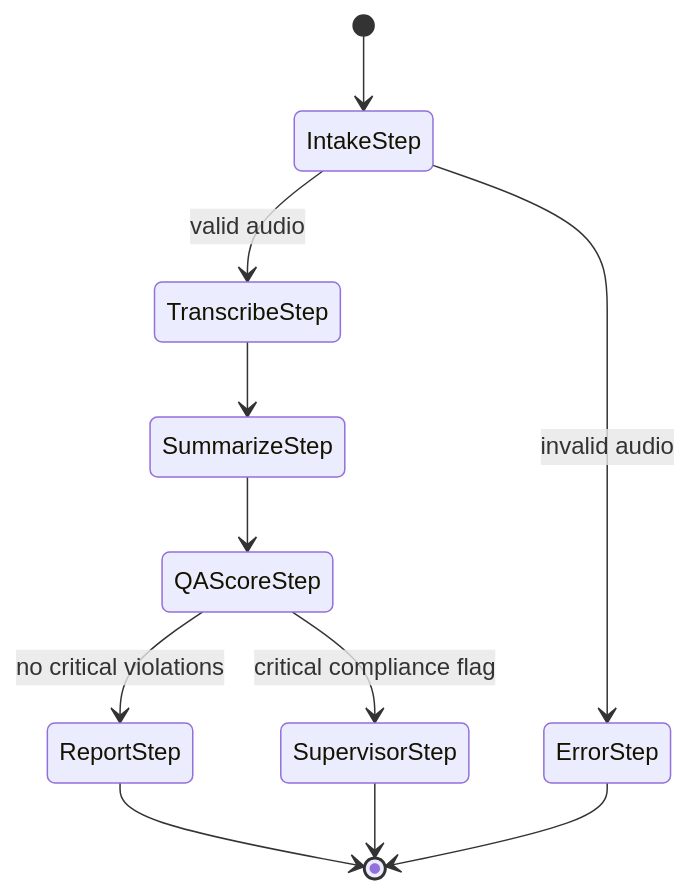
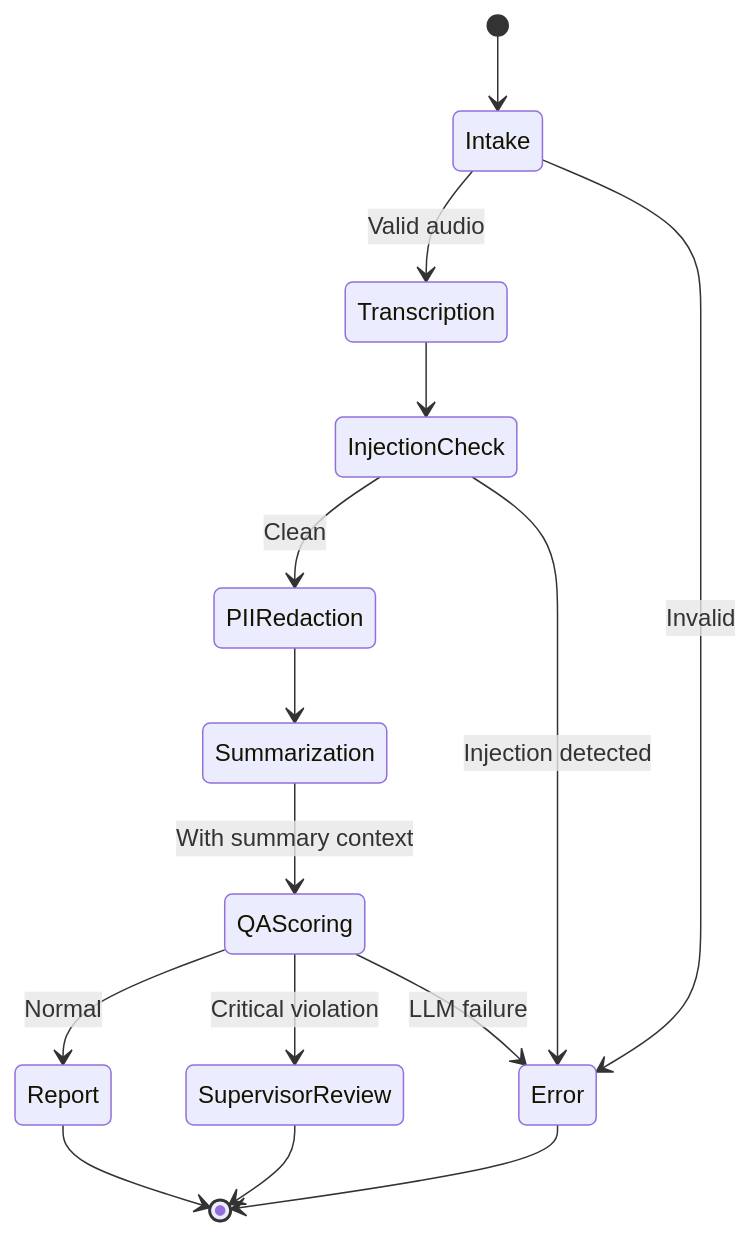
One commit to ANI-IN/Call-Center-Intelligence-System changed the second of 5 diagrams in README.md. Above: the diagram before and after it, drawn with Mermaid. The commit also changed other lines of this file and 99 other files, not shown here.

````diff
--- a/README.md
+++ b/README.md
@@ -107,13 +125,17 @@
 ```mermaid
 stateDiagram-v2
-    [*] --> IntakeStep
-    IntakeStep --> TranscribeStep: valid audio
-    IntakeStep --> ErrorStep: invalid audio
-    TranscribeStep --> SummarizeStep
-    SummarizeStep --> QAScoreStep
-    QAScoreStep --> ReportStep: no critical violations
-    QAScoreStep --> SupervisorStep: critical compliance flag
-    ReportStep --> [*]
-    ErrorStep --> [*]
-    SupervisorStep --> [*]
+    [*] --> Intake
+    Intake --> Transcription : Valid audio
+    Intake --> Error : Invalid
+    Transcription --> InjectionCheck
+    InjectionCheck --> PIIRedaction : Clean
+    InjectionCheck --> Error : Injection detected
+    PIIRedaction --> Summarization
+    Summarization --> QAScoring : With summary context
+    QAScoring --> Report : Normal
+    QAScoring --> SupervisorReview : Critical violation
+    QAScoring --> Error : LLM failure
+    Report --> [*]
+    SupervisorReview --> [*]
+    Error --> [*]
 ```
````
